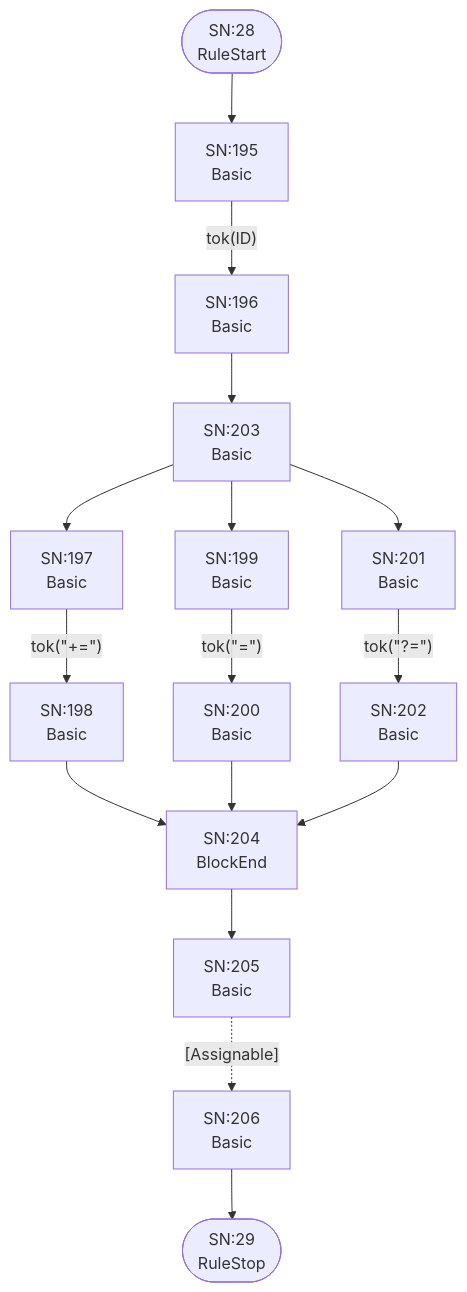
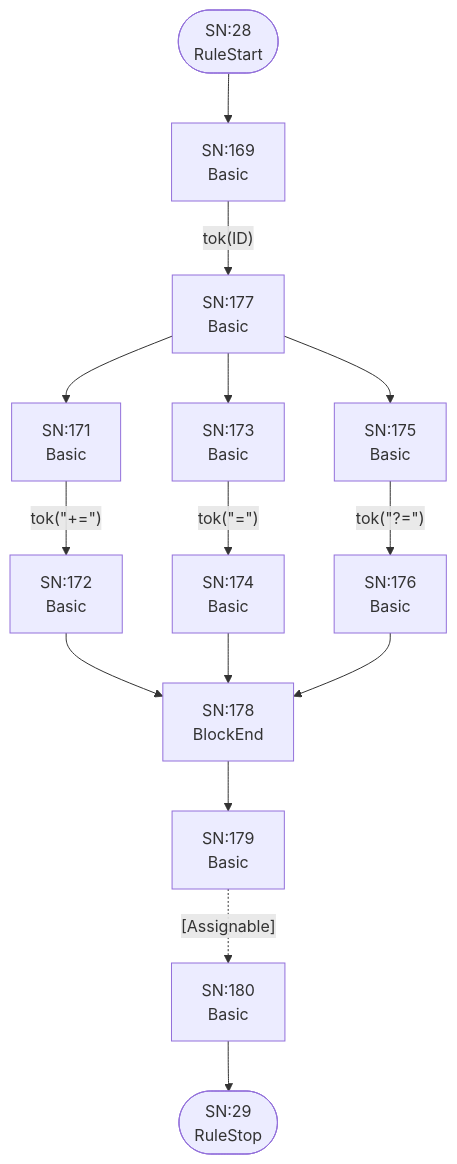
One commit to TypeFox/fastbelt changed diagram 15 of 25 in internal/grammar/atn.md. Above: the diagram before and after it, drawn with Mermaid. The commit also changed other lines of this file and 4 other files, not shown here.

````diff
--- a/internal/grammar/atn.md
+++ b/internal/grammar/atn.md
@@ -461,33 +409,31 @@
 ```mermaid
 flowchart TD
     q28(["SN:28<br/>RuleStart"])
     q29(["SN:29<br/>RuleStop"])
-    q195["SN:195<br/>Basic<br/>"]
-    q196["SN:196<br/>Basic<br/>"]
-    q197["SN:197<br/>Basic<br/>"]
-    q198["SN:198<br/>Basic<br/>"]
-    q199["SN:199<br/>Basic<br/>"]
-    q200["SN:200<br/>Basic<br/>"]
-    q201["SN:201<br/>Basic<br/>"]
-    q202["SN:202<br/>Basic<br/>"]
-    q203["SN:203<br/>Basic<br/>"]
-    q204["SN:204<br/>BlockEnd<br/>"]
-    q205["SN:205<br/>Basic<br/>"]
-    q206["SN:206<br/>Basic<br/>"]
+    q169["SN:169<br/>Basic<br/>"]
+    q170["SN:171<br/>Basic<br/>"]
+    q171["SN:172<br/>Basic<br/>"]
+    q172["SN:173<br/>Basic<br/>"]
+    q173["SN:174<br/>Basic<br/>"]
+    q174["SN:175<br/>Basic<br/>"]
+    q175["SN:176<br/>Basic<br/>"]
+    q176["SN:177<br/>Basic<br/>"]
+    q177["SN:178<br/>BlockEnd<br/>"]
+    q178["SN:179<br/>Basic<br/>"]
+    q179["SN:180<br/>Basic<br/>"]
 
-    q28 --> q195
-    q195 -->|"tok(ID)"| q196
-    q196 --> q203
-    q197 -->|"tok(&quot;+=&quot;)"| q198
-    q198 --> q204
-    q199 -->|"tok(&quot;=&quot;)"| q200
-    q200 --> q204
-    q201 -->|"tok(&quot;?=&quot;)"| q202
-    q202 --> q204
-    q203 --> q197
-    q203 --> q199
-    q203 --> q201
-    q204 --> q205
-    q205 -.->|"[Assignable]"| q206
-    q206 --> q29
+    q28 --> q169
+    q169 -->|"tok(ID)"| q176
+    q170 -->|"tok(&quot;+=&quot;)"| q171
+    q171 --> q177
+    q172 -->|"tok(&quot;=&quot;)"| q173
+    q173 --> q177
+    q174 -->|"tok(&quot;?=&quot;)"| q175
+    q175 --> q177
+    q176 --> q170
+    q176 --> q172
+    q176 --> q174
+    q177 --> q178
+    q178 -.->|"[Assignable]"| q179
+    q179 --> q29
 ```
````
